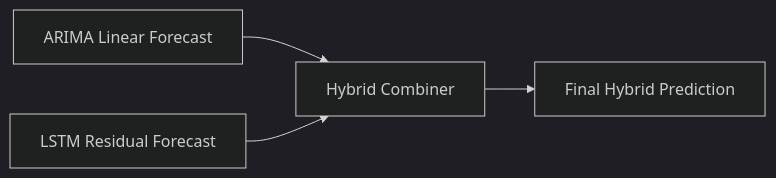
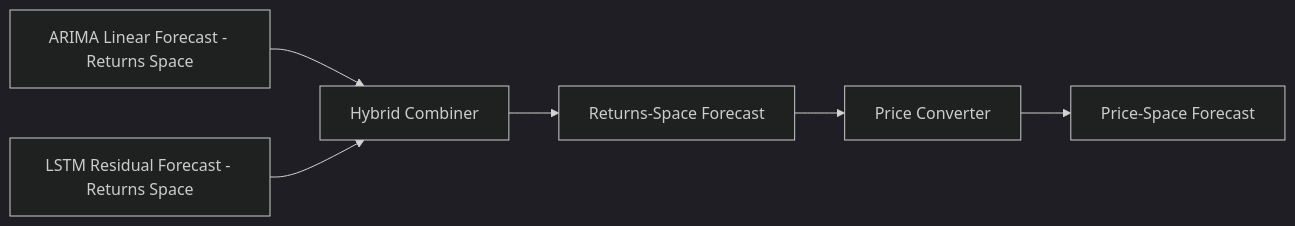
Before and after one commit to konstantin-vantukh/lstm_arima: the seventh of 12 diagrams in plans/architecture.md, drawn with Mermaid (dark theme). The commit also changed other lines of this file and 28 other files, not shown here.

Commit message:
Adds forecasts in pricing space to the ones in returns space.

````diff
--- a/plans/architecture.md
+++ b/plans/architecture.md
@@ -215,6 +243,8 @@
 ```mermaid
 flowchart LR
-    A[ARIMA Linear Forecast] --> C[Hybrid Combiner]
-    B[LSTM Residual Forecast] --> C
-    C --> D[Final Hybrid Prediction]
+    A[ARIMA Linear Forecast - Returns Space] --> C[Hybrid Combiner]
+    B[LSTM Residual Forecast - Returns Space] --> C
+    C --> D[Returns-Space Forecast]
+    D --> E[Price Converter]
+    E --> F[Price-Space Forecast]
 ```
````
